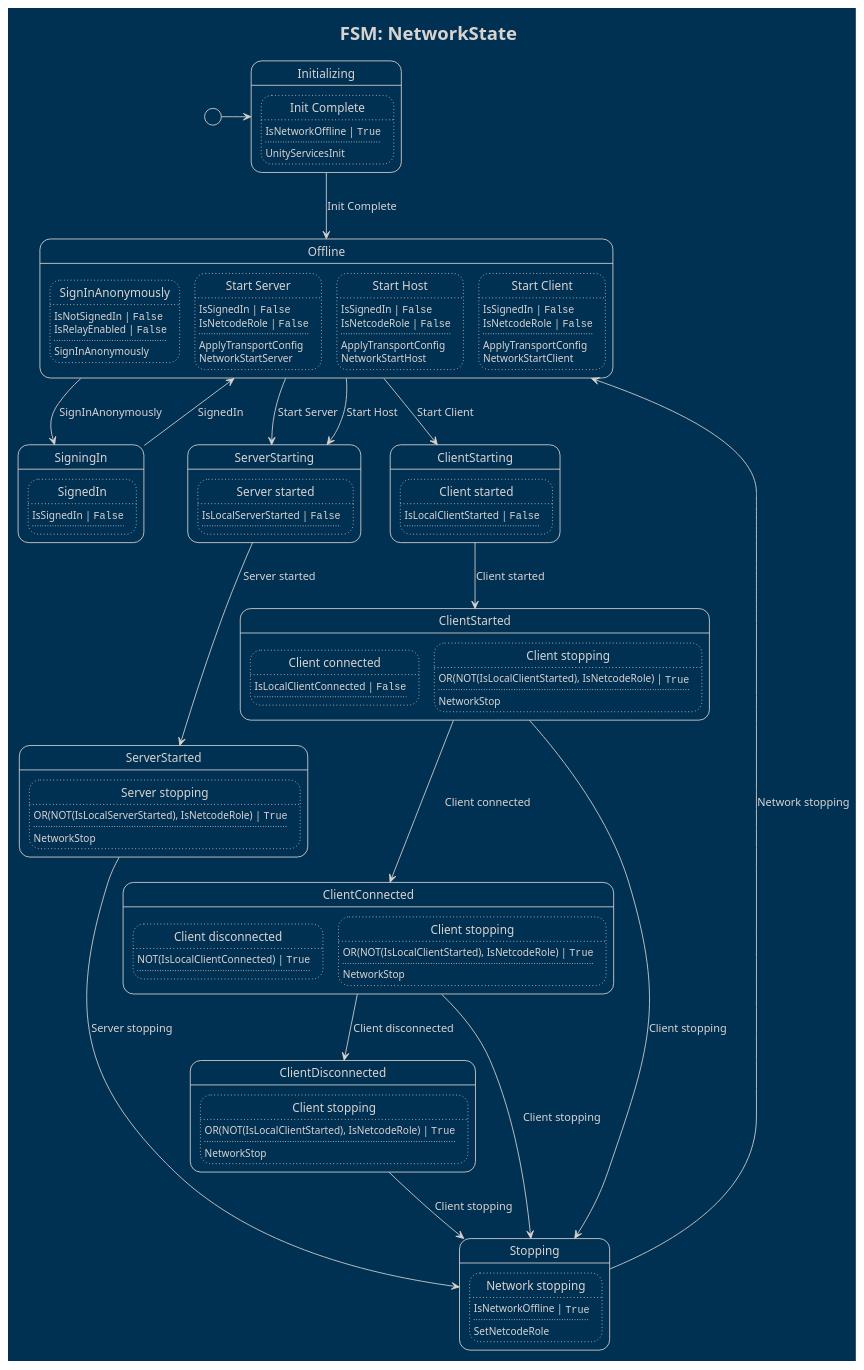
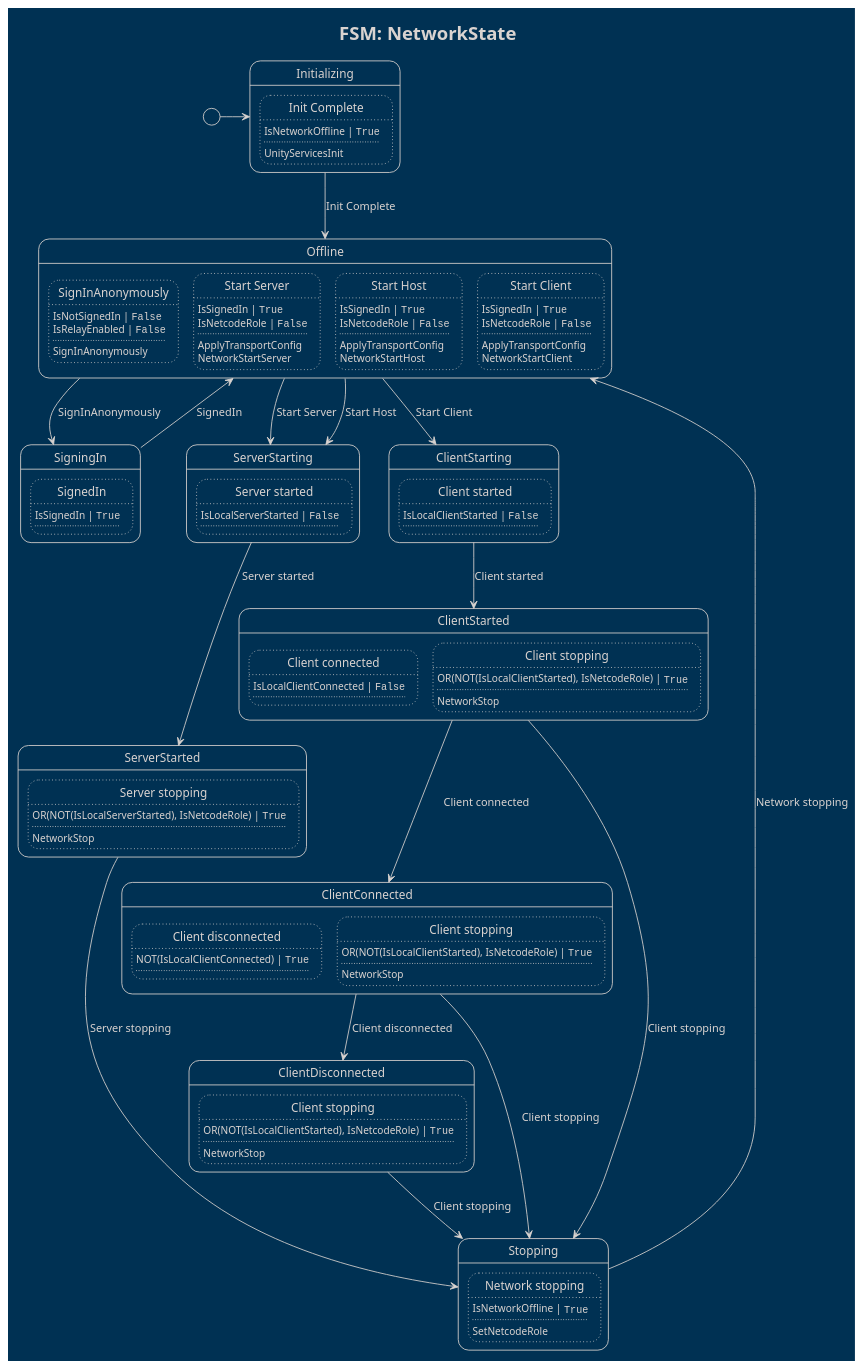
One commit to CodeSmile-0000011110110111/WriteBetterNetcode changed the diagram in PlantUML Diagrams/CodeSmile.BetterNetcode.Network.NetworkState.puml. Above: the diagram before and after it, drawn with PlantUML. The commit also changed 27 other files, not shown here.

```diff
--- a/PlantUML Diagrams/CodeSmile.BetterNetcode.Network.NetworkState.puml
+++ b/PlantUML Diagrams/CodeSmile.BetterNetcode.Network.NetworkState.puml
@@ -1,150 +1,150 @@
 @startuml
 
 !theme blueprint
 hide empty description
 
 title FSM: NetworkState
 
 state "Initializing" as state0
 state state0 {
 	state "Init Complete" as state0_trans0
 	state state0_trans0 #line.dotted {
 		state0_trans0 : IsNetworkOffline | ""True""
 		state0_trans0 : ....
 		state0_trans0 : UnityServicesInit
 	}
 }
 state "Offline" as state1
 state state1 {
 	state "SignInAnonymously" as state1_trans0
 	state state1_trans0 #line.dotted {
 		state1_trans0 : IsNotSignedIn | ""False""
 		state1_trans0 : IsRelayEnabled | ""False""
 		state1_trans0 : ....
 		state1_trans0 : SignInAnonymously
 	}
 	state "Start Server" as state1_trans1
 	state state1_trans1 #line.dotted {
-		state1_trans1 : IsSignedIn | ""False""
+		state1_trans1 : IsSignedIn | ""True""
 		state1_trans1 : IsNetcodeRole | ""False""
 		state1_trans1 : ....
 		state1_trans1 : ApplyTransportConfig
 		state1_trans1 : NetworkStartServer
 	}
 	state "Start Host" as state1_trans2
 	state state1_trans2 #line.dotted {
-		state1_trans2 : IsSignedIn | ""False""
+		state1_trans2 : IsSignedIn | ""True""
 		state1_trans2 : IsNetcodeRole | ""False""
 		state1_trans2 : ....
 		state1_trans2 : ApplyTransportConfig
 		state1_trans2 : NetworkStartHost
 	}
 	state "Start Client" as state1_trans3
 	state state1_trans3 #line.dotted {
-		state1_trans3 : IsSignedIn | ""False""
+		state1_trans3 : IsSignedIn | ""True""
 		state1_trans3 : IsNetcodeRole | ""False""
 		state1_trans3 : ....
 		state1_trans3 : ApplyTransportConfig
 		state1_trans3 : NetworkStartClient
 	}
 }
 state "SigningIn" as state2
 state state2 {
 	state "SignedIn" as state2_trans0
 	state state2_trans0 #line.dotted {
-		state2_trans0 : IsSignedIn | ""False""
+		state2_trans0 : IsSignedIn | ""True""
 		state2_trans0 : ....
 	}
 }
 state "ServerStarting" as state3
 state state3 {
 	state "Server started" as state3_trans0
 	state state3_trans0 #line.dotted {
 		state3_trans0 : IsLocalServerStarted | ""False""
 		state3_trans0 : ....
 	}
 }
 state "ServerStarted" as state4
 state state4 {
 	state "Server stopping" as state4_trans0
 	state state4_trans0 #line.dotted {
 		state4_trans0 : OR(NOT(IsLocalServerStarted), IsNetcodeRole) | ""True""
 		state4_trans0 : ....
 		state4_trans0 : NetworkStop
 	}
 }
 state "ClientStarting" as state5
 state state5 {
 	state "Client started" as state5_trans0
 	state state5_trans0 #line.dotted {
 		state5_trans0 : IsLocalClientStarted | ""False""
 		state5_trans0 : ....
 	}
 }
 state "ClientStarted" as state6
 state state6 {
 	state "Client connected" as state6_trans0
 	state state6_trans0 #line.dotted {
 		state6_trans0 : IsLocalClientConnected | ""False""
 		state6_trans0 : ....
 	}
 	state "Client stopping" as state6_trans1
 	state state6_trans1 #line.dotted {
 		state6_trans1 : OR(NOT(IsLocalClientStarted), IsNetcodeRole) | ""True""
 		state6_trans1 : ....
 		state6_trans1 : NetworkStop
 	}
 }
 state "ClientConnected" as state7
 state state7 {
 	state "Client disconnected" as state7_trans0
 	state state7_trans0 #line.dotted {
 		state7_trans0 : NOT(IsLocalClientConnected) | ""True""
 		state7_trans0 : ....
 	}
 	state "Client stopping" as state7_trans1
 	state state7_trans1 #line.dotted {
 		state7_trans1 : OR(NOT(IsLocalClientStarted), IsNetcodeRole) | ""True""
 		state7_trans1 : ....
 		state7_trans1 : NetworkStop
 	}
 }
 state "ClientDisconnected" as state8
 state state8 {
 	state "Client stopping" as state8_trans0
 	state state8_trans0 #line.dotted {
 		state8_trans0 : OR(NOT(IsLocalClientStarted), IsNetcodeRole) | ""True""
 		state8_trans0 : ....
 		state8_trans0 : NetworkStop
 	}
 }
 state "Stopping" as state9
 state state9 {
 	state "Network stopping" as state9_trans0
 	state state9_trans0 #line.dotted {
 		state9_trans0 : IsNetworkOffline | ""True""
 		state9_trans0 : ....
 		state9_trans0 : SetNetcodeRole
 	}
 }
 
 
 [*] -> state0
 state0 --> state1 : Init Complete
 state1 --> state2 : SignInAnonymously
 state1 --> state3 : Start Server
 state1 --> state3 : Start Host
 state1 --> state5 : Start Client
 state2 --> state1 : SignedIn
 state3 --> state4 : Server started
 state4 --> state9 : Server stopping
 state5 --> state6 : Client started
 state6 --> state7 : Client connected
 state6 --> state9 : Client stopping
 state7 --> state8 : Client disconnected
 state7 --> state9 : Client stopping
 state8 --> state9 : Client stopping
 state9 --> state1 : Network stopping
 
 
 @enduml
```
